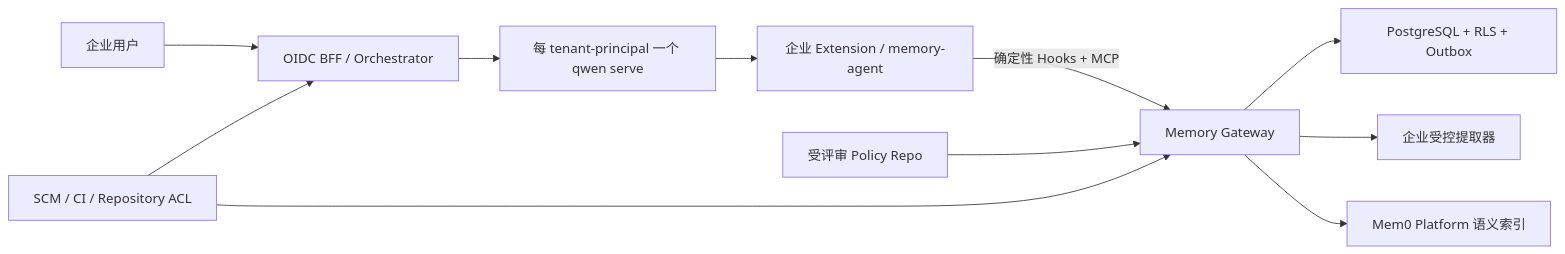
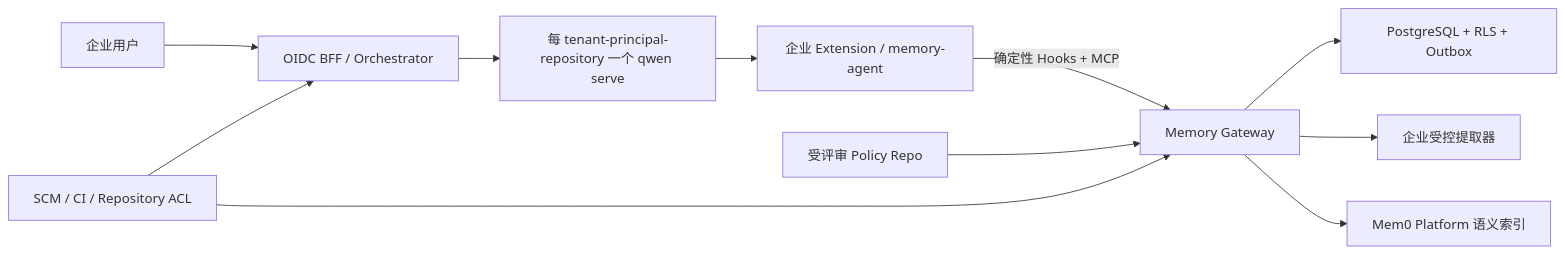
The first of 5 diagrams in docs/plans/2026-07-21-enterprise-multi-tenant-memory-gateway.md (QwenLM/qwen-code), drawn with Mermaid before and after one commit. The commit also changed other lines of this file, not shown here.

````diff
--- a/docs/plans/2026-07-21-enterprise-multi-tenant-memory-gateway.md
+++ b/docs/plans/2026-07-21-enterprise-multi-tenant-memory-gateway.md
@@ -17,13 +19,13 @@
 ```mermaid
 flowchart LR
     U["企业用户"] --> B["OIDC BFF / Orchestrator"]
-    B --> Q["每 tenant-principal 一个 qwen serve"]
+    B --> Q["每 tenant-principal-repository 一个 qwen serve"]
     Q --> A["企业 Extension / memory-agent"]
     A -->|"确定性 Hooks + MCP"| G["Memory Gateway"]
     G --> P["PostgreSQL + RLS + Outbox"]
     G --> X["企业受控提取器"]
     G --> M["Mem0 Platform 语义索引"]
     C["受评审 Policy Repo"] --> G
     S["SCM / CI / Repository ACL"] --> B
     S --> G
 ```
````
